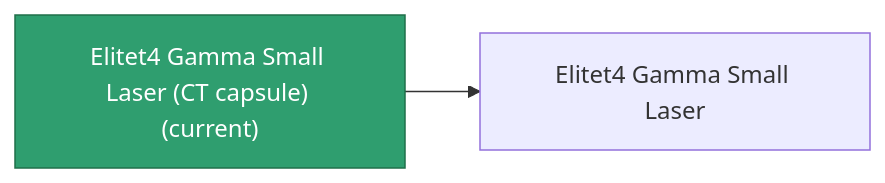
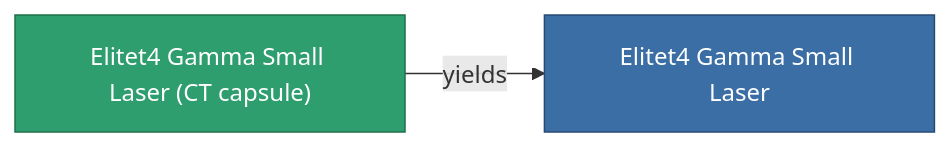
The diagram in content/content/items/elitet4_gamma_small_laser_CT_capsule.md (OpenPerpetuum/Wiki), drawn with Mermaid before and after one commit. The commit also changed other lines of this file and 2015 other files, not shown here.

````diff
--- a/content/content/items/elitet4_gamma_small_laser_CT_capsule.md
+++ b/content/content/items/elitet4_gamma_small_laser_CT_capsule.md
@@ -33,8 +33,9 @@
 ```mermaid
 graph LR
-    a["Elitet4 Gamma Small Laser (CT capsule) (current)"]:::current
-    b["Elitet4 Gamma Small Laser"]
-    a --> b
-    click b "/content/items/elitet4-gamma-small-laser/" "Elitet4 Gamma Small Laser"
+    a["Elitet4 Gamma Small Laser (CT capsule)"]:::current
+    b["Elitet4 Gamma Small Laser"]:::finished
+    a -->|yields| b
+                click b "/content/items/elitet4-gamma-small-laser/" "Elitet4 Gamma Small Laser"
     classDef current fill:#2f9e6f,stroke:#1f6f4a,color:#ffffff
+    classDef finished fill:#3b6ea5,stroke:#274a75,color:#ffffff
 ```
````
